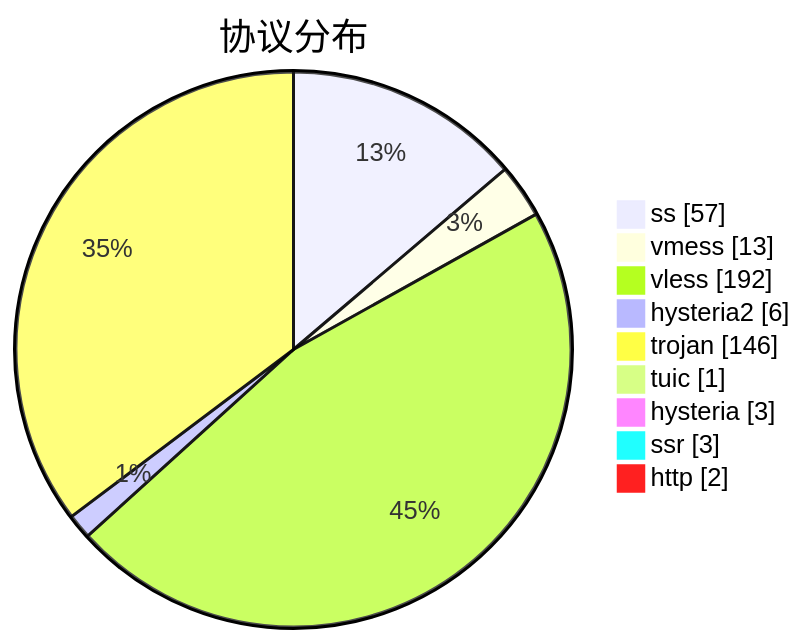
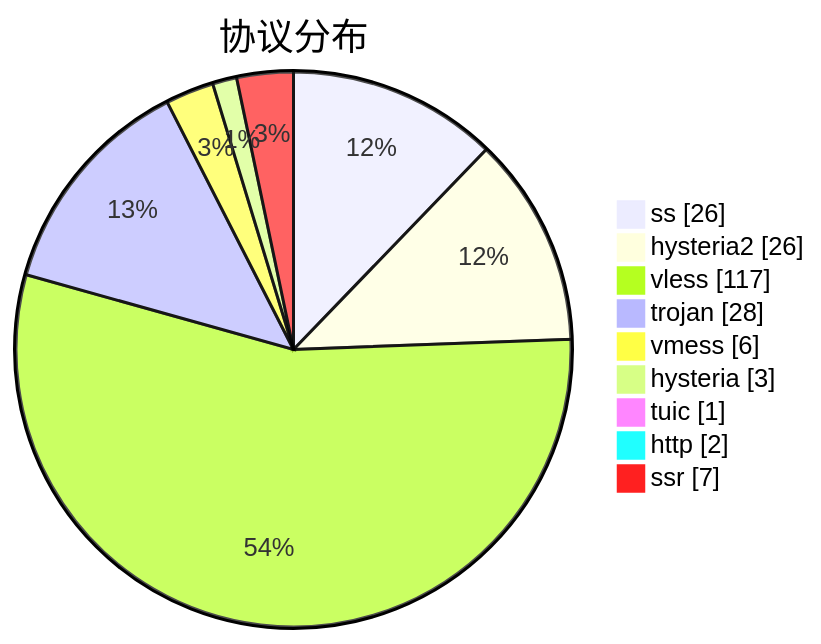
One commit to sinspired/airport changed the third of 3 diagrams in subs/statistics/tested_within.md. Above: the diagram before and after it, drawn with Mermaid. The commit also changed other lines of this file and 2 other files, not shown here.

````diff
--- a/subs/statistics/tested_within.md
+++ b/subs/statistics/tested_within.md
@@ -41,13 +39,13 @@
 ```mermaid
 pie showData
 title 协议分布
-"ss" : 57
-"vmess" : 13
-"vless" : 192
-"hysteria2" : 6
-"trojan" : 146
+"ss" : 26
+"hysteria2" : 26
+"vless" : 117
+"trojan" : 28
+"vmess" : 6
+"hysteria" : 3
 "tuic" : 1
-"hysteria" : 3
-"ssr" : 3
 "http" : 2
+"ssr" : 7
 ```
````
